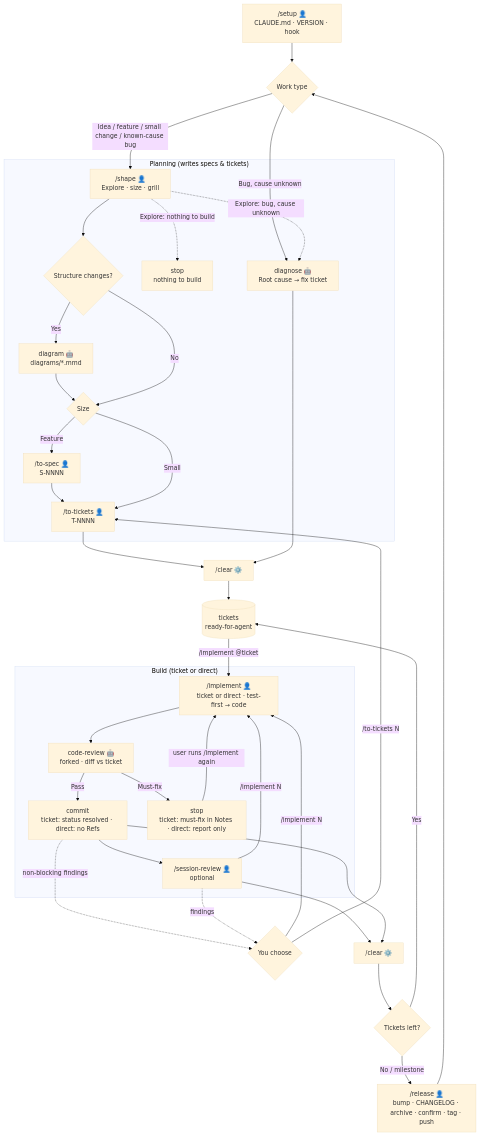
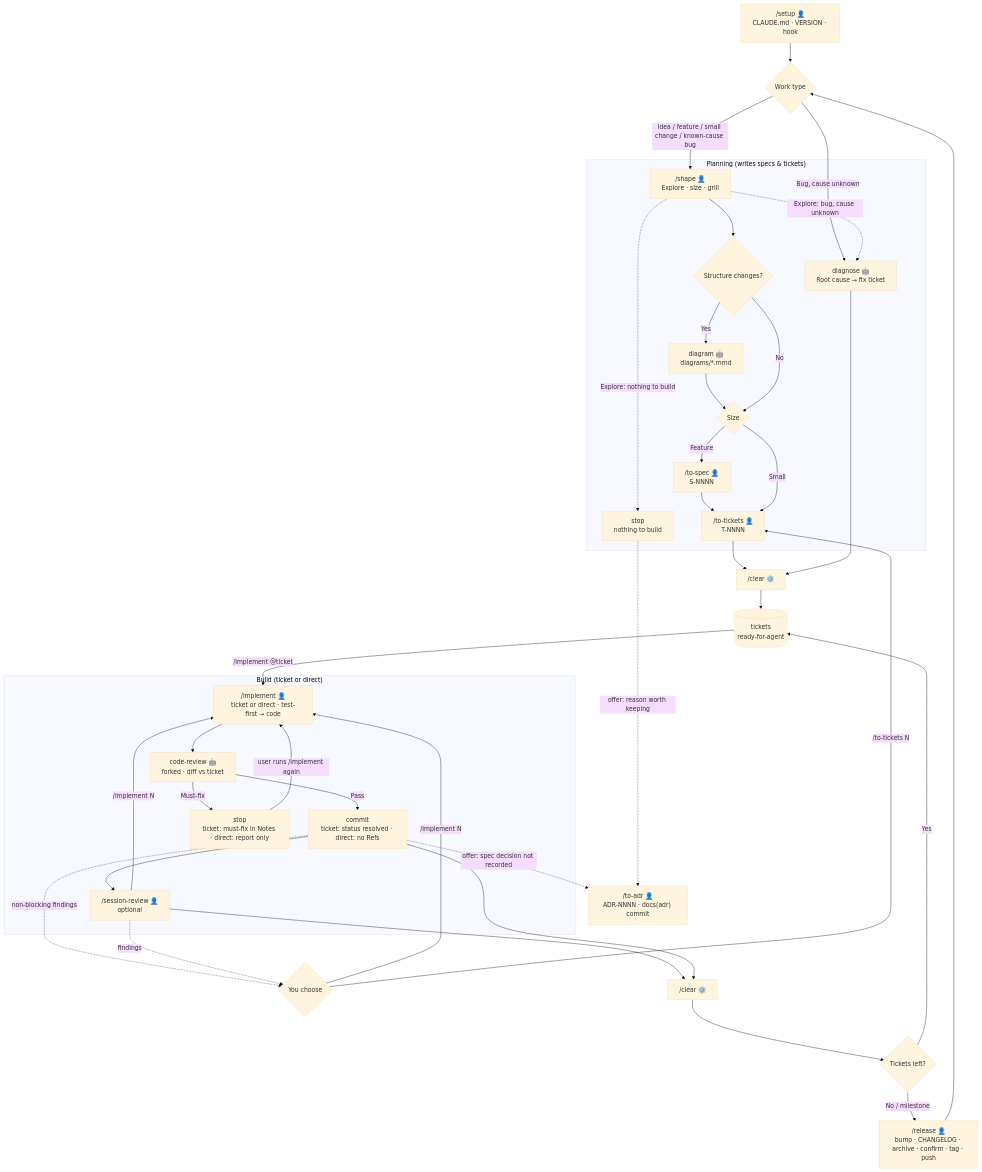
Before and after one commit to odhyp/skills: the diagram in docs/diagrams/workflow.mmd, drawn with Mermaid (base theme). The commit also changed 5 other files, not shown here.

```diff
--- a/docs/diagrams/workflow.mmd
+++ b/docs/diagrams/workflow.mmd
@@ -1,67 +1,72 @@
 %% Workflow: how the odhyp skills hand off from setup to release. 👤 manual skill · 🤖 auto skill (starts on its own; you can also call it) · ⚙️ built-in Claude Code command
 flowchart TD
     A1["`/setup 👤
     CLAUDE.md · VERSION · hook`"] --> X0{"Work type"}
     X0 -->|"Idea / feature / small change / known-cause bug"| B1
     X0 -->|"Bug, cause unknown"| B5
 
     subgraph B["Planning (writes specs & tickets)"]
         B1["`/shape 👤
         Explore · size · grill`"]
         B0["`stop
         nothing to build`"]
         X2{"Structure changes?"}
         B4["`diagram 🤖
         diagrams/*.mmd`"]
         X1{"Size"}
         B2["`/to-spec 👤
         S-NNNN`"]
         B3["`/to-tickets 👤
         T-NNNN`"]
         B5["`diagnose 🤖
         Root cause → fix ticket`"]
         B1 --> X2
         B1 -.->|"Explore: nothing to build"| B0
         B1 -.->|"Explore: bug, cause unknown"| B5
         X2 -->|"Yes"| B4 --> X1
         X2 -->|"No"| X1
         X1 -->|"Feature"| B2 --> B3
         X1 -->|"Small"| B3
     end
 
     B3 --> CL0["/clear ⚙️"]
     B5 --> CL0
     CL0 --> T[("`tickets
     ready-for-agent`")]
 
     subgraph C["Build (ticket or direct)"]
         C1["`/implement 👤
         ticket or direct · test-first → code`"]
         D1["`code-review 🤖
         forked · diff vs ticket`"]
         C2["`commit
         ticket: status resolved · direct: no Refs`"]
         C3["`stop
         ticket: must-fix in Notes · direct: report only`"]
         S1["`/session-review 👤
         optional`"]
         C1 --> D1
         D1 -->|"Pass"| C2
         D1 -->|"Must-fix"| C3
     end
 
+    A2["`/to-adr 👤
+    ADR-NNNN · docs(adr) commit`"]
+    B0 -.->|"offer: reason worth keeping"| A2
+    C2 -.->|"offer: spec decision not recorded"| A2
+
     T -->|"/implement @ticket"| C1
     S1 -->|"/implement N"| C1
     C3 -->|"user runs /implement again"| C1
     X4{"You choose"}
     C2 -.->|"non-blocking findings"| X4
     S1 -.->|"findings"| X4
     X4 -->|"/implement N"| C1
     X4 -->|"/to-tickets N"| B3
     C2 --> S1 --> CL["/clear ⚙️"]
     C2 --> CL
     CL --> X3{"Tickets left?"}
     X3 -->|"Yes"| T
     X3 -->|"No / milestone"| E1["`/release 👤
     bump · CHANGELOG · archive · confirm · tag · push`"]
     E1 --> X0
```
